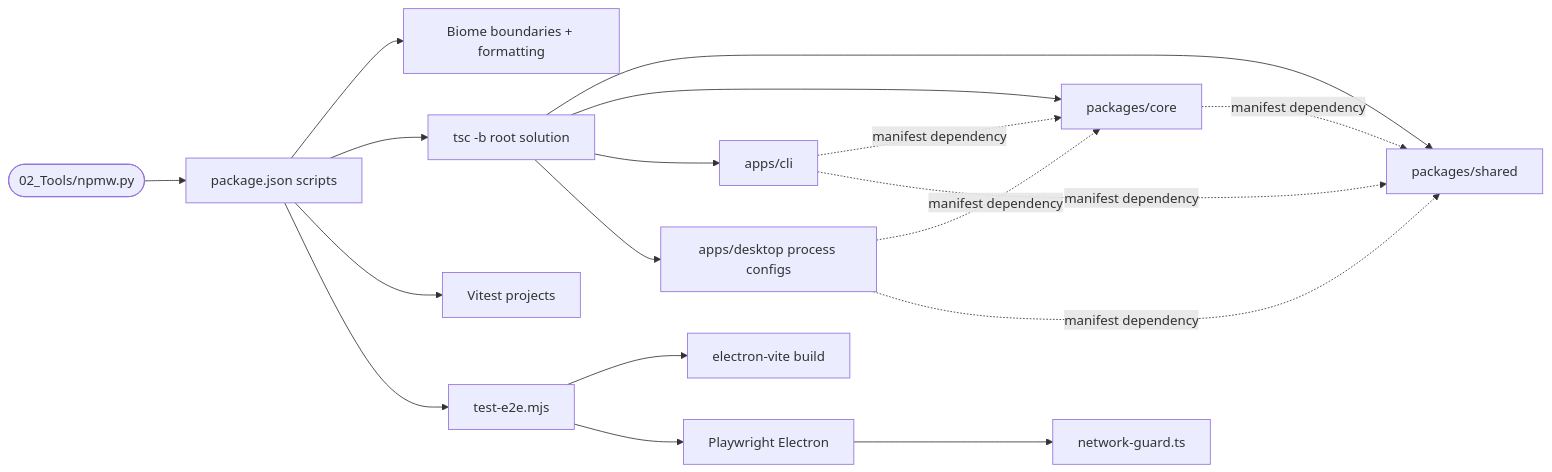
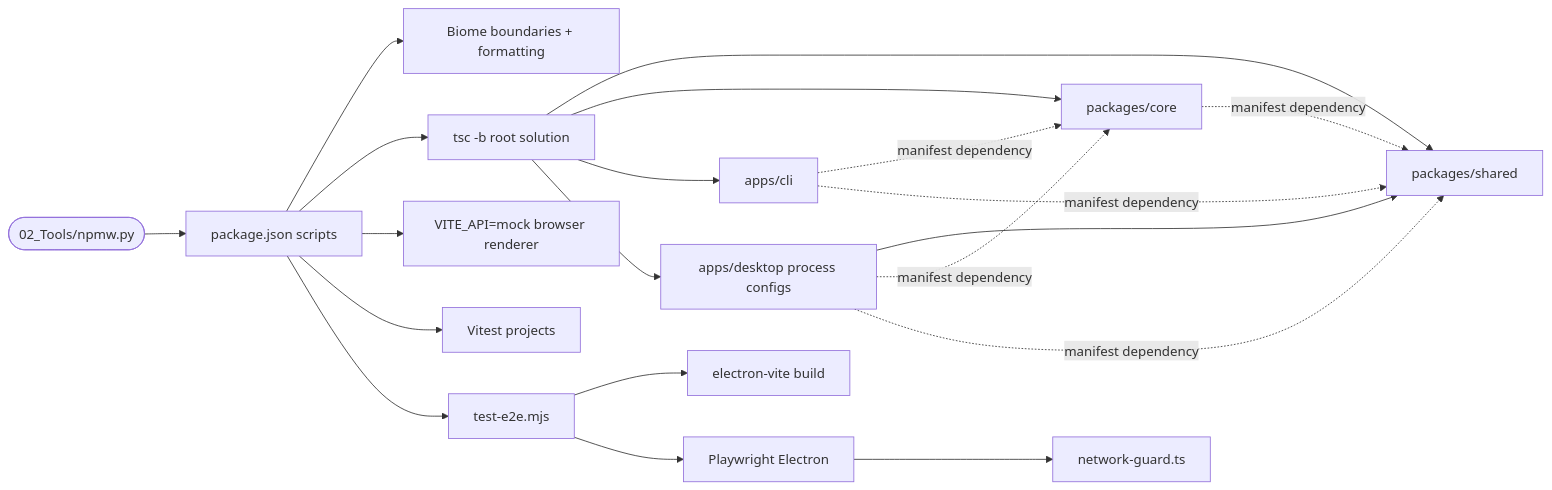
The diagram in .agentic/knowledge/software-tooling.md (DDP-Engineering/2026_Virtual_Embedded_Rig_Assistant), drawn with Mermaid before and after one commit. The commit also changed other lines of this file and 52 other files, not shown here.

````diff
--- a/.agentic/knowledge/software-tooling.md
+++ b/.agentic/knowledge/software-tooling.md
@@ -47,20 +49,22 @@
 ```mermaid
 flowchart LR
   setup([02_Tools/npmw.py]) --> npm[package.json scripts]
   npm --> biome[Biome boundaries + formatting]
   npm --> tsc[tsc -b root solution]
   tsc --> shared[packages/shared]
   tsc --> core[packages/core]
   tsc --> cli[apps/cli]
   tsc --> desktop[apps/desktop process configs]
   core -. manifest dependency .-> shared
   cli -. manifest dependency .-> core
   cli -. manifest dependency .-> shared
+  desktop --> shared
+  npm --> browser[VITE_API=mock browser renderer]
   desktop -. manifest dependency .-> core
   desktop -. manifest dependency .-> shared
   npm --> unit[Vitest projects]
   npm --> launcher[test-e2e.mjs]
   launcher --> build[electron-vite build]
   launcher --> acceptance[Playwright Electron]
   acceptance --> guard[network-guard.ts]
 ```
````
